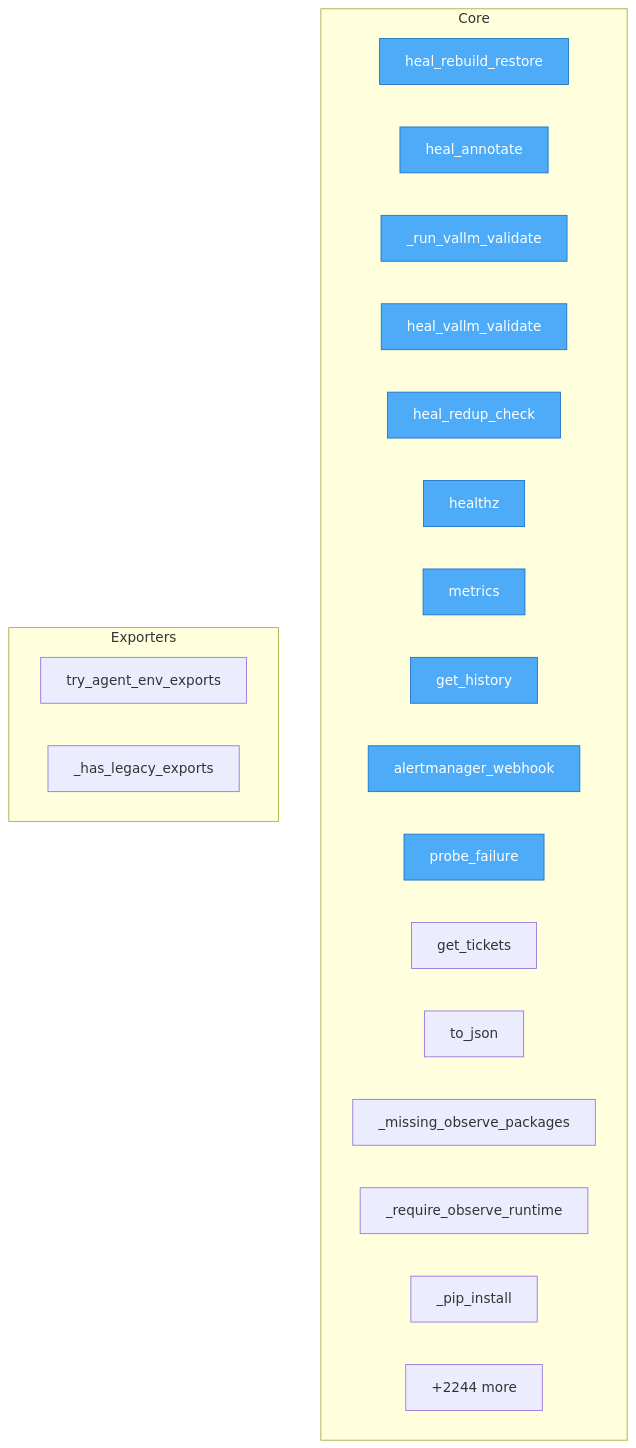
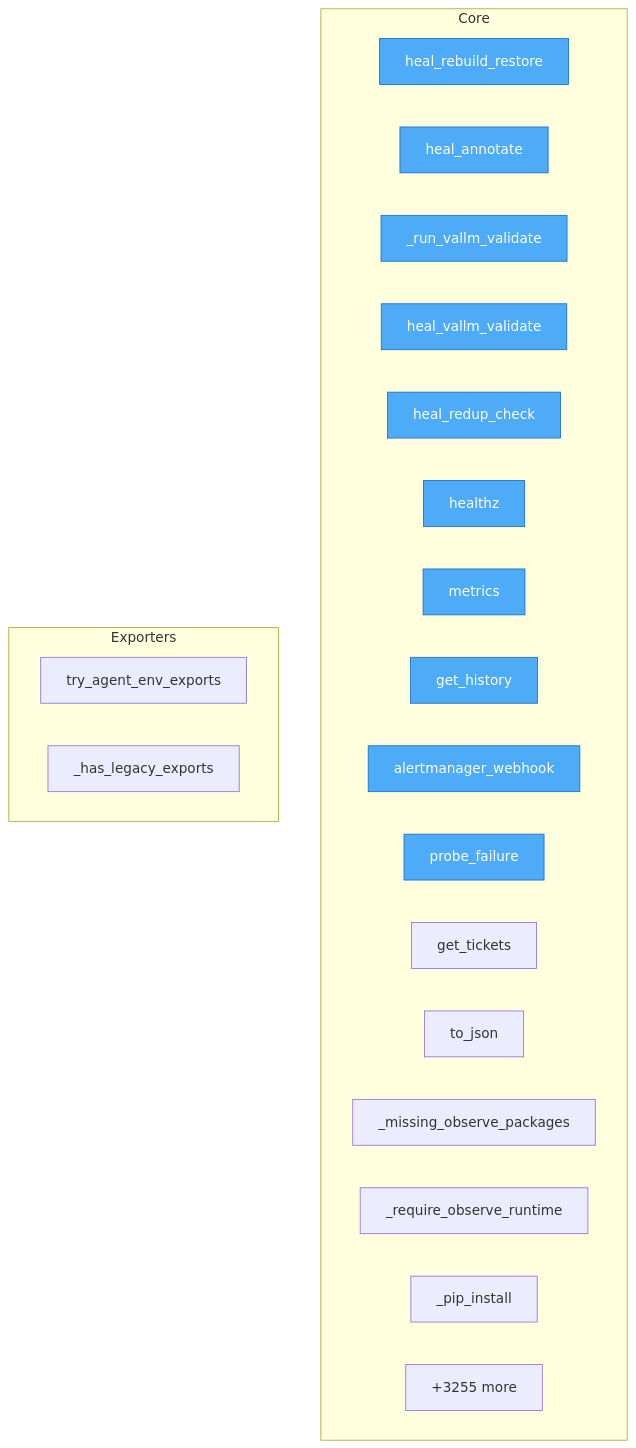
The diagram in project/flow.mmd (semcod/koru), drawn with Mermaid before and after one commit. The commit also changed 88 other files, not shown here.

```diff
--- a/project/flow.mmd
+++ b/project/flow.mmd
@@ -1,31 +1,31 @@
 flowchart TD
-%% generated in 0.25s
+%% generated in 0.16s
 
     %% Entry points (blue)
     classDef entry fill:#4dabf7,stroke:#1971c2,color:#fff
 
     subgraph Core
         services__healing_webhook__app__heal_rebuild_restore["heal_rebuild_restore"]
         services__healing_webhook__app__heal_annotate["heal_annotate"]
         services__healing_webhook__app___run_vallm_validate["_run_vallm_validate"]
         services__healing_webhook__app__heal_vallm_validate["heal_vallm_validate"]
         services__healing_webhook__app__heal_redup_check["heal_redup_check"]
         services__healing_webhook__app__healthz["healthz"]
         services__healing_webhook__app__metrics["metrics"]
         services__healing_webhook__app__get_history["get_history"]
         services__healing_webhook__app__alertmanager_webhook["alertmanager_webhook"]
         services__healing_webhook__app__probe_failure["probe_failure"]
         services__healing_webhook__app__get_tickets["get_tickets"]
         src__koruobserve__lifecycle__ObserveProcesses__to_json["to_json"]
         src__koruobserve__cli___missing_observe_packages["_missing_observe_packages"]
         src__koruobserve__cli___require_observe_runtime["_require_observe_runtime"]
         src__koruobserve__cli___pip_install["_pip_install"]
-        ...["+2244 more"]
+        ...["+3255 more"]
     end
 
     subgraph Exporters
         src__koru__agent_cli_helpers__try_agent_env_exports["try_agent_env_exports"]
         src__koru__cli___has_legacy_exports["_has_legacy_exports"]
     end
 
     class services__healing_webhook__app__heal_rebuild_restore,services__healing_webhook__app__heal_annotate,services__healing_webhook__app___run_vallm_validate,services__healing_webhook__app__heal_vallm_validate,services__healing_webhook__app__heal_redup_check,services__healing_webhook__app__healthz,services__healing_webhook__app__metrics,services__healing_webhook__app__get_history,services__healing_webhook__app__alertmanager_webhook,services__healing_webhook__app__probe_failure entry
```
